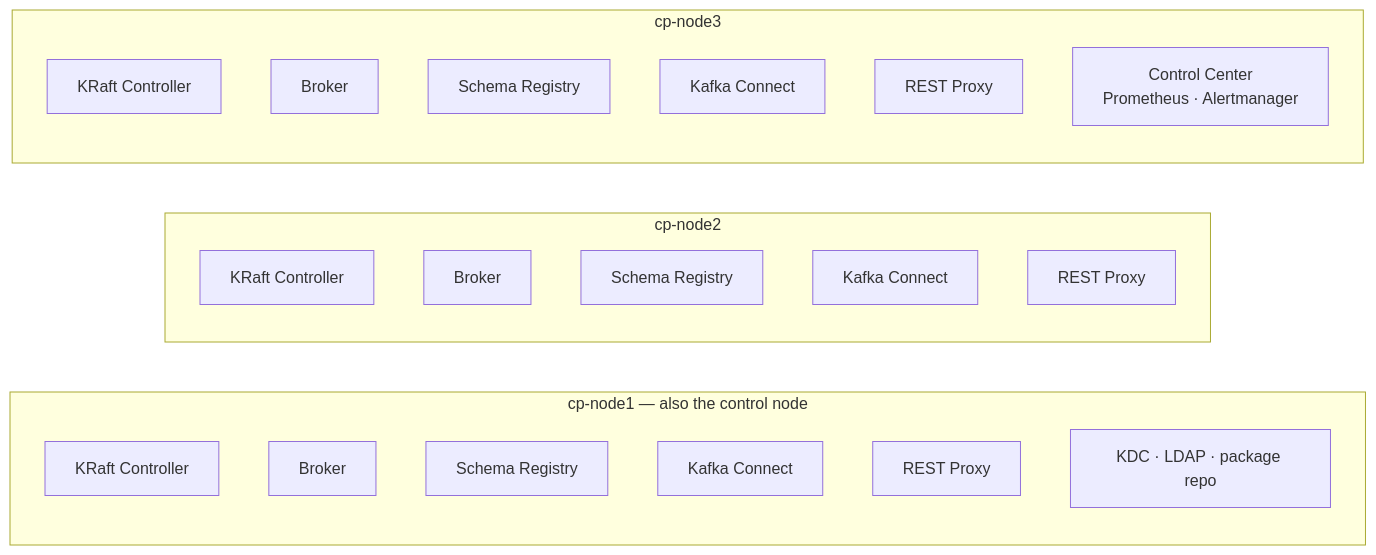
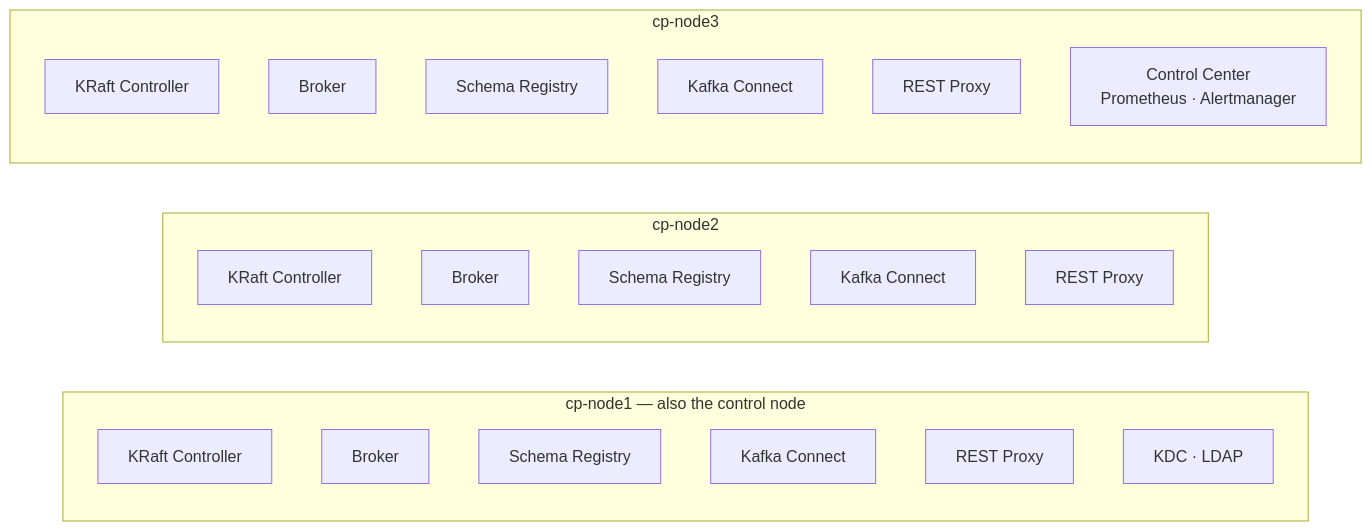
One commit to bunyaminonum/confluent-platform-lab changed the second of 3 diagrams in README.md. Above: the diagram before and after it, drawn with Mermaid. The commit also changed other lines of this file and 10 other files, not shown here.

````diff
--- a/README.md
+++ b/README.md
@@ -96,31 +97,31 @@
 ```mermaid
 flowchart LR
     subgraph N1["cp-node1 — also the control node"]
         direction TB
         N1K["KRaft Controller"]
         N1B["Broker"]
         N1S["Schema Registry"]
         N1C["Kafka Connect"]
         N1R["REST Proxy"]
-        N1I["KDC · LDAP · package repo"]
+        N1I["KDC · LDAP"]
     end
 
     subgraph N2["cp-node2"]
         direction TB
         N2K["KRaft Controller"]
         N2B["Broker"]
         N2S["Schema Registry"]
         N2C["Kafka Connect"]
         N2R["REST Proxy"]
     end
 
     subgraph N3["cp-node3"]
         direction TB
         N3K["KRaft Controller"]
         N3B["Broker"]
         N3S["Schema Registry"]
         N3C["Kafka Connect"]
         N3R["REST Proxy"]
         N3X["Control Center<br/>Prometheus · Alertmanager"]
     end
 ```
````
